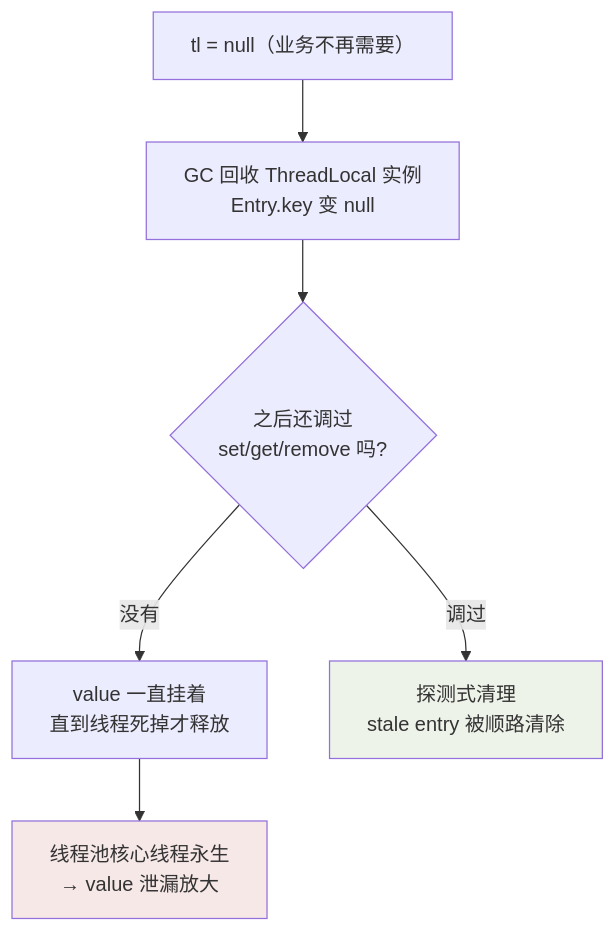
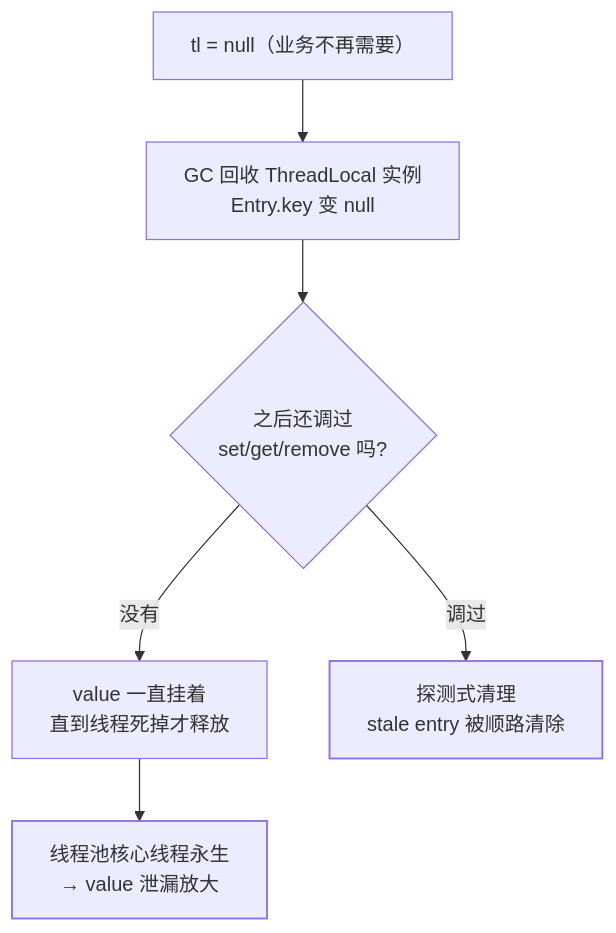
Before and after one commit to Loadhao/ascension: the second of 2 diagrams in src/content/docs/java/intermediate/concurrent/06-threadlocal.md, drawn with Mermaid. The commit also changed other lines of this file and 87 other files, not shown here.

First line of the commit message:
fix: 全站图表配色改由主题接管，修复暗色主题下浅底浅字看不清

````diff
--- a/src/content/docs/java/intermediate/concurrent/06-threadlocal.md
+++ b/src/content/docs/java/intermediate/concurrent/06-threadlocal.md
@@ -70,11 +71,13 @@
 ```mermaid
 flowchart TB
     A["tl = null（业务不再需要）"] --> B["GC 回收 ThreadLocal 实例<br/>Entry.key 变 null"]
     B --> C{"之后还调过<br/>set/get/remove 吗?"}
     C -->|没有| D["value 一直挂着<br/>直到线程死掉才释放"]
     C -->|调过| E["探测式清理<br/>stale entry 被顺路清除"]
 
     D --> F["线程池核心线程永生<br/>→ value 泄漏放大"]
-    style F fill:#f7e8e8
-    style E fill:#eef3ea
+    class F bad
+    class E good
+    classDef bad stroke-width:1.5px
+    classDef good stroke-width:1.5px
 ```
````
